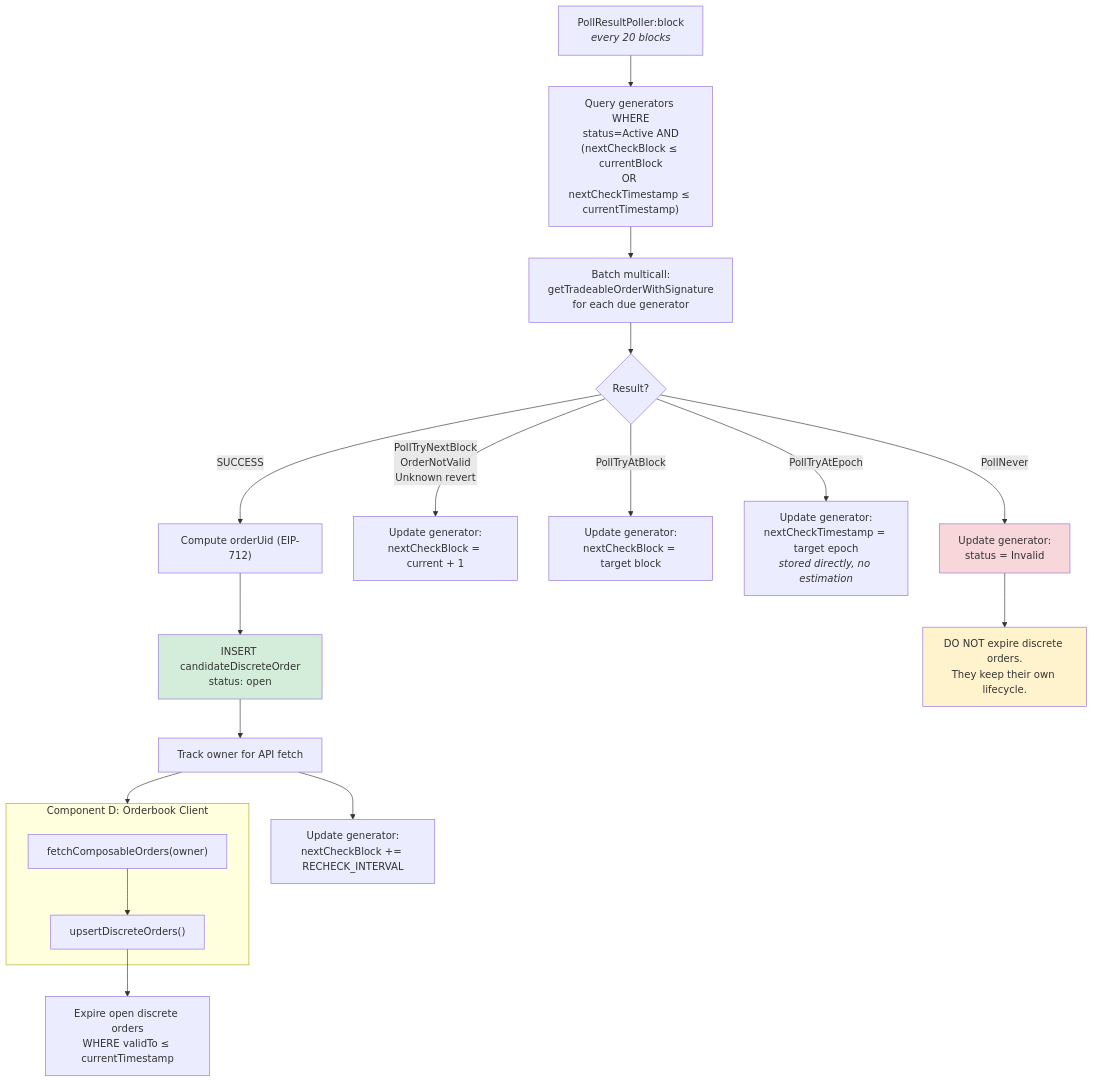
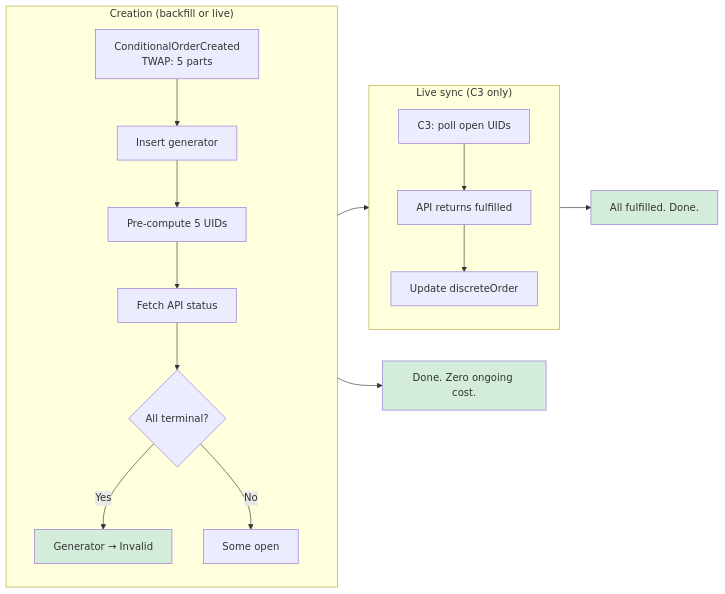
Before and after one commit to bleu/cow-programmatic-orders-api: the fourth of 7 diagrams in agent_docs/m3-orderbook-integration-flow.md, drawn with Mermaid. The commit also changed other lines of this file, not shown here.

Commit message:
chore: rewritten flow doc with the new architecture

````diff
--- a/agent_docs/m3-orderbook-integration-flow.md
+++ b/agent_docs/m3-orderbook-integration-flow.md
@@ -573,38 +506,32 @@
 ```mermaid
-flowchart TD
-    E["PollResultPoller:block<br/><i>every 20 blocks</i>"] --> Q
-
-    Q["Query generators WHERE<br/>status=Active AND<br/>(nextCheckBlock ≤ currentBlock<br/>OR nextCheckTimestamp ≤ currentTimestamp)"]
-
-    Q --> MC["Batch multicall:<br/>getTradeableOrderWithSignature<br/>for each due generator"]
-
-    MC --> R{Result?}
-
-    R -->|SUCCESS| S1["Compute orderUid (EIP-712)"]
-    S1 --> S2["INSERT candidateDiscreteOrder<br/>status: open"]
-    S2 --> S3["Track owner for API fetch"]
-    S3 --> S4["Update generator:<br/>nextCheckBlock += RECHECK_INTERVAL"]
-
-    R -->|PollTryNextBlock<br/>OrderNotValid<br/>Unknown revert| T1["Update generator:<br/>nextCheckBlock = current + 1"]
-
-    R -->|PollTryAtBlock| T2["Update generator:<br/>nextCheckBlock = target block"]
-
-    R -->|PollTryAtEpoch| T3["Update generator:<br/>nextCheckTimestamp = target epoch<br/><i>stored directly, no estimation</i>"]
-
-    R -->|PollNever| T4["Update generator:<br/>status = Invalid"]
-    T4 --> T4Note["DO NOT expire discrete orders.<br/>They keep their own lifecycle."]
-
-    S3 --> API
-
-    subgraph API["Component D: Orderbook Client"]
-        API1["fetchComposableOrders(owner)"]
-        API2["upsertDiscreteOrders()"]
-        API1 --> API2
+flowchart LR
+    subgraph Creation["Creation (backfill or live)"]
+        direction TB
+        E1["ConditionalOrderCreated<br/>TWAP: 5 parts"]
+        E2["Insert generator"]
+        E3["Pre-compute 5 UIDs"]
+        E4["Fetch API status"]
+        E5{"All terminal?"}
+        E6["Generator → Invalid"]
+        E7["Some open"]
+        E1 --> E2 --> E3 --> E4 --> E5
+        E5 -->|Yes| E6
+        E5 -->|No| E7
     end
 
-    API2 --> EXP["Expire open discrete orders<br/>WHERE validTo ≤ currentTimestamp"]
+    subgraph Live["Live sync (C3 only)"]
+        direction TB
+        L1["C3: poll open UIDs"]
+        L2["API returns fulfilled"]
+        L3["Update discreteOrder"]
+        L1 --> L2 --> L3
+    end
 
-    style T4Note fill:#fff3cd
-    style T4 fill:#f8d7da
-    style S2 fill:#d4edda
+    E7 --> Live
+    E6 --> Done["Done. Zero ongoing cost."]
+    L3 --> Done2["All fulfilled. Done."]
+
+    style E6 fill:#d4edda
+    style Done fill:#d4edda
+    style Done2 fill:#d4edda
 ```
````
